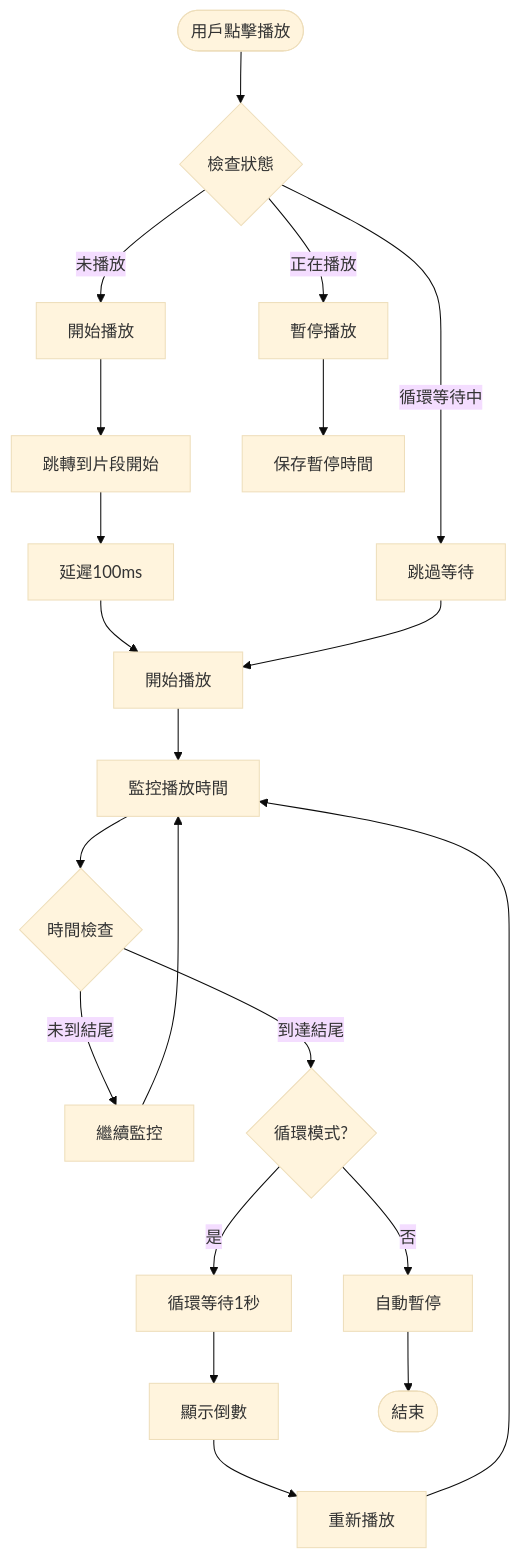
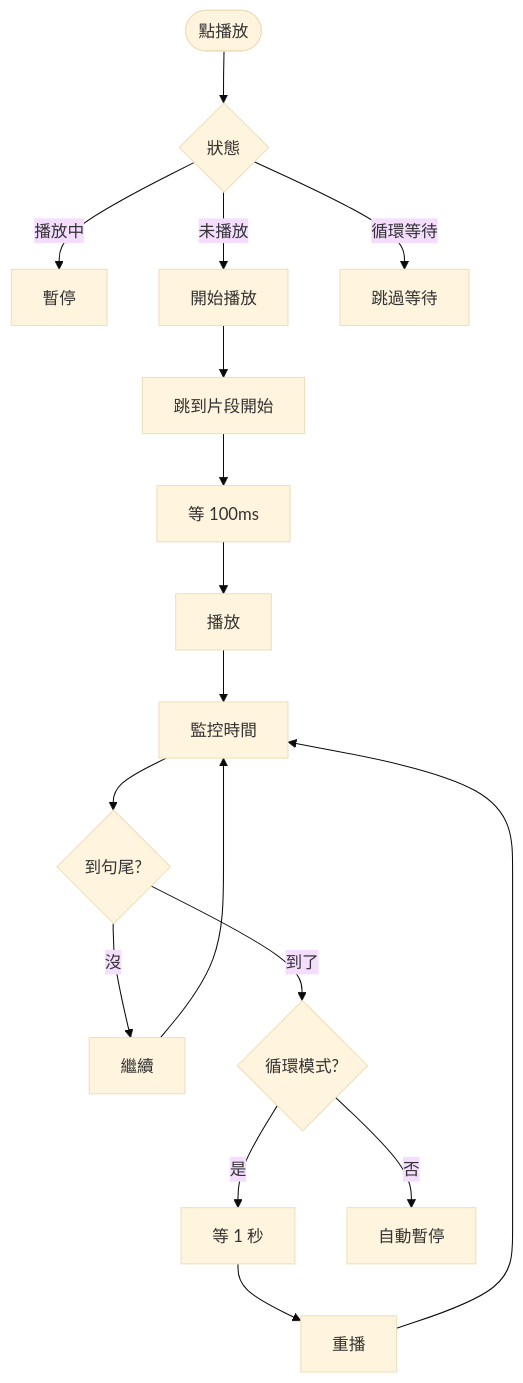
Before and after one commit to crazycjh/language-learning-transcribe: the fourth of 7 diagrams in docs/DICTATION_SYSTEM_ARCHITECTURE.md, drawn with Mermaid (base theme). The commit also changed other lines of this file and 7 other files, not shown here.

````diff
--- a/docs/DICTATION_SYSTEM_ARCHITECTURE.md
+++ b/docs/DICTATION_SYSTEM_ARCHITECTURE.md
@@ -256,28 +105,24 @@
 ```mermaid
 flowchart TD
-    START([用戶點擊播放]) --> CHECK{檢查狀態}
-    CHECK -->|正在播放| PAUSE[暫停播放]
+    START([點播放]) --> CHECK{狀態}
+    CHECK -->|播放中| PAUSE[暫停]
     CHECK -->|未播放| PLAY[開始播放]
-    CHECK -->|循環等待中| SKIP[跳過等待]
+    CHECK -->|循環等待| SKIP[跳過等待]
     
-    PLAY --> SEEK[跳轉到片段開始]
-    SEEK --> DELAY[延遲100ms]
-    DELAY --> START_PLAY[開始播放]
-    START_PLAY --> MONITOR[監控播放時間]
+    PLAY --> SEEK[跳到片段開始]
+    SEEK --> DELAY[等 100ms]
+    DELAY --> START_PLAY[播放]
+    START_PLAY --> MONITOR[監控時間]
     
-    MONITOR --> TIME_CHECK{時間檢查}
-    TIME_CHECK -->|未到結尾| CONTINUE[繼續監控]
-    TIME_CHECK -->|到達結尾| LOOP_CHECK{循環模式?}
+    MONITOR --> TIME_CHECK{到句尾?}
+    TIME_CHECK -->|沒| CONTINUE[繼續]
+    TIME_CHECK -->|到了| LOOP_CHECK{循環模式?}
     
-    LOOP_CHECK -->|是| LOOP_WAIT[循環等待1秒]
+    LOOP_CHECK -->|是| LOOP_WAIT[等 1 秒]
     LOOP_CHECK -->|否| AUTO_PAUSE[自動暫停]
     
-    LOOP_WAIT --> COUNTDOWN[顯示倒數]
-    COUNTDOWN --> REPLAY[重新播放]
+    LOOP_WAIT --> REPLAY[重播]
     REPLAY --> MONITOR
     
-    PAUSE --> SAVE_TIME[保存暫停時間]
-    SKIP --> START_PLAY
-    AUTO_PAUSE --> END([結束])
     CONTINUE --> MONITOR
 ```
````
